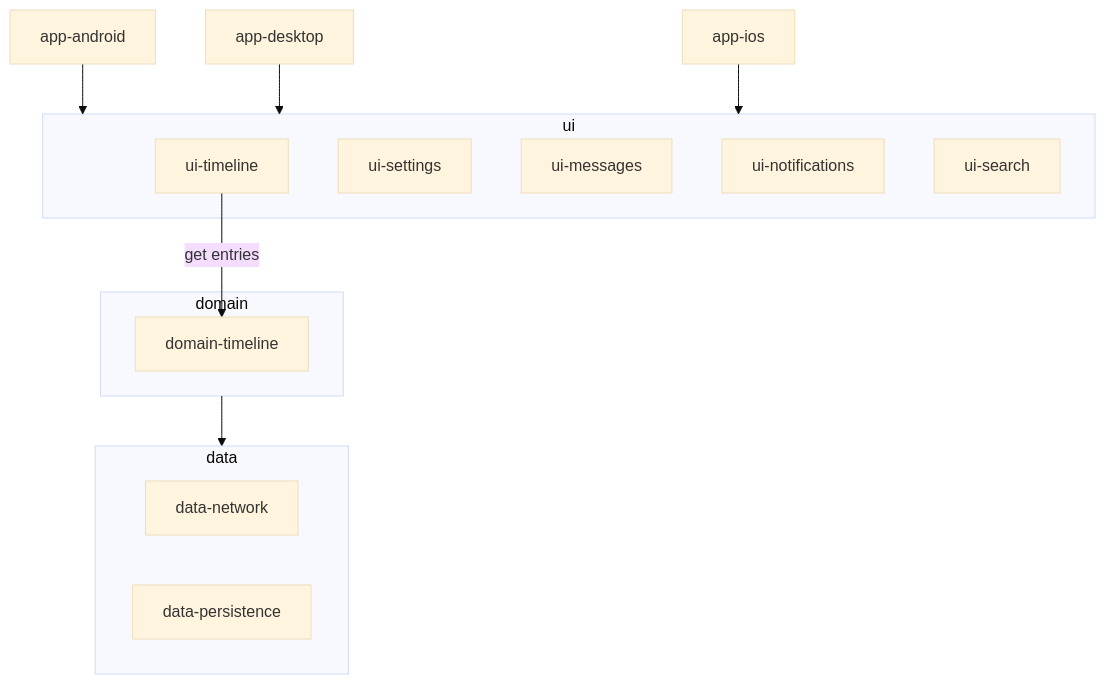
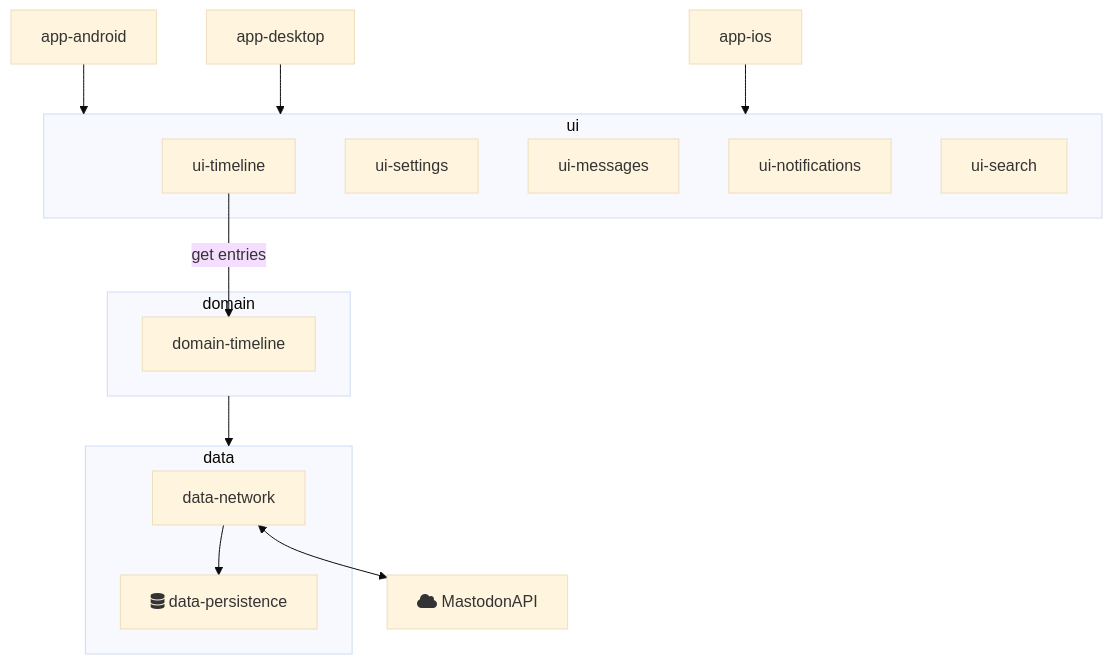
Before and after one commit to AndroidDev-social/DodoForMastodon: the diagram in README.md, drawn with Mermaid (base theme).

Commit message:
try to fix render issue by adding a trailing semicolon

````diff
--- a/README.md
+++ b/README.md
@@ -44,28 +44,31 @@
 ```mermaid
-graph TD
-    app-android --> ui
-    app-desktop --> ui
-    app-ios --> ui
+graph TD;
+    A[app-android] --> ui;
+    B[app-desktop] --> ui;
+    C[app-ios] --> ui;
 
-    
-    ui-timeline --> |get entries| domain-timeline
+    ui-timeline --> |get entries| domain-timeline;
 
     subgraph ui
         ui-timeline
         ui-settings
         ui-messages
         ui-notifications
         ui-search
     end
     
     subgraph domain
         domain-timeline
     end
 
     subgraph data
         data-network
         data-persistence
     end
 
-    domain --> data
+    domain --> data;
+
+    data-network --> data-persistence[fa:fa-database data-persistence];
+
+    data-network <--> Y[fa:fa-cloud MastodonAPI];
 ```
````
